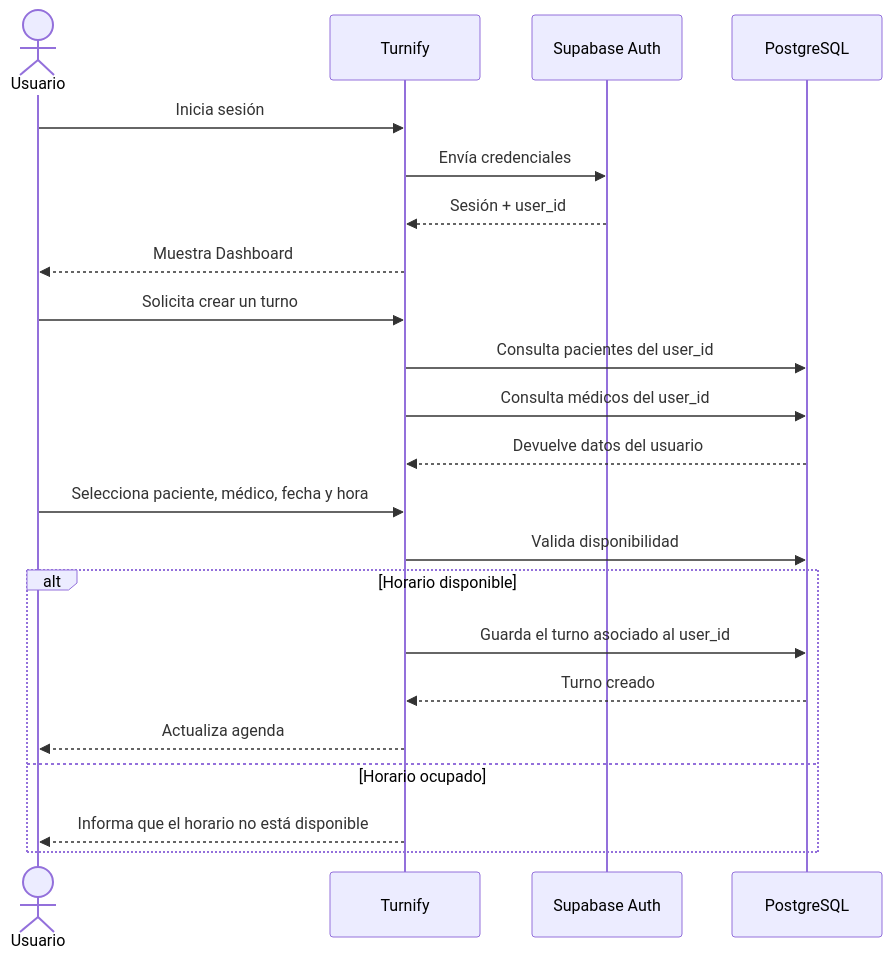
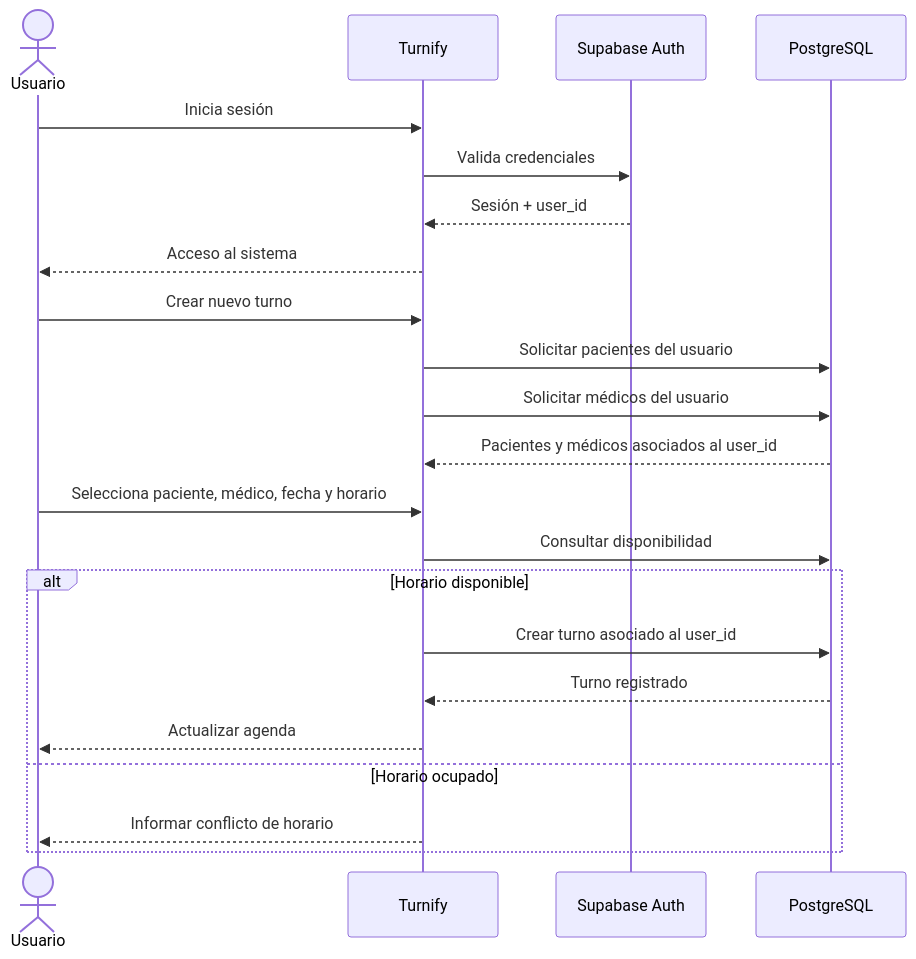
The first of 3 diagrams in README.md (RocioAranibar/turnify), drawn with Mermaid before and after one commit. The commit also changed other lines of this file, not shown here.

````diff
--- a/README.md
+++ b/README.md
@@ -127,28 +71,30 @@
 ```mermaid
 sequenceDiagram
     actor U as Usuario
     participant T as Turnify
-    participant A as Supabase Auth
+    participant AUTH as Supabase Auth
     participant DB as PostgreSQL
 
     U->>T: Inicia sesión
-    T->>A: Envía credenciales
-    A-->>T: Sesión + user_id
-    T-->>U: Muestra Dashboard
+    T->>AUTH: Valida credenciales
+    AUTH-->>T: Sesión + user_id
+    T-->>U: Acceso al sistema
 
-    U->>T: Solicita crear un turno
-    T->>DB: Consulta pacientes del user_id
-    T->>DB: Consulta médicos del user_id
-    DB-->>T: Devuelve datos del usuario
+    U->>T: Crear nuevo turno
 
-    U->>T: Selecciona paciente, médico, fecha y hora
-    T->>DB: Valida disponibilidad
+    T->>DB: Solicitar pacientes del usuario
+    T->>DB: Solicitar médicos del usuario
+    DB-->>T: Pacientes y médicos asociados al user_id
+
+    U->>T: Selecciona paciente, médico, fecha y horario
+
+    T->>DB: Consultar disponibilidad
 
     alt Horario disponible
-        T->>DB: Guarda el turno asociado al user_id
-        DB-->>T: Turno creado
-        T-->>U: Actualiza agenda
+        T->>DB: Crear turno asociado al user_id
+        DB-->>T: Turno registrado
+        T-->>U: Actualizar agenda
     else Horario ocupado
-        T-->>U: Informa que el horario no está disponible
+        T-->>U: Informar conflicto de horario
     end
 ```
````
